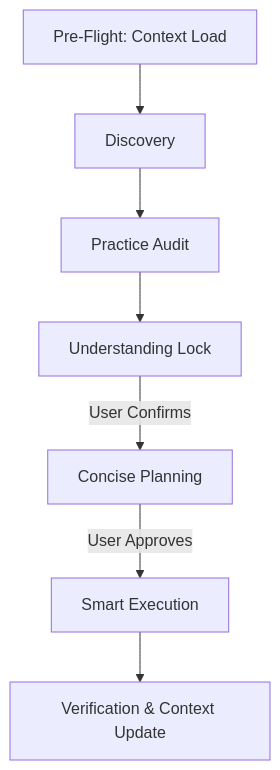
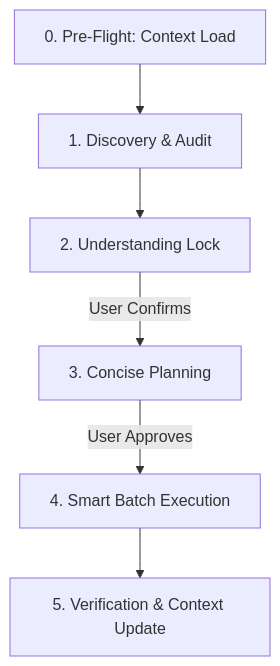
Before and after one commit to arorajay52/ThinkTank-Antigravity-CLI-Context-Execution-based-Skill: the diagram in thinktank/SKILL.md, drawn with Mermaid. The commit also changed other lines of this file and 5 other files, not shown here.

````diff
--- a/thinktank/SKILL.md
+++ b/thinktank/SKILL.md
@@ -35,9 +38,8 @@
 ```mermaid
 graph TD
-    P[Pre-Flight: Context Load] --> A[Discovery]
-    A --> PA[Practice Audit]
-    PA --> B[Understanding Lock]
-    B -->|User Confirms| C[Concise Planning]
-    C -->|User Approves| D[Smart Execution]
-    D --> E[Verification & Context Update]
+    P[0. Pre-Flight: Context Load] --> A[1. Discovery & Audit]
+    A --> B[2. Understanding Lock]
+    B -->|User Confirms| C[3. Concise Planning]
+    C -->|User Approves| D[4. Smart Batch Execution]
+    D --> E[5. Verification & Context Update]
 ```
````
